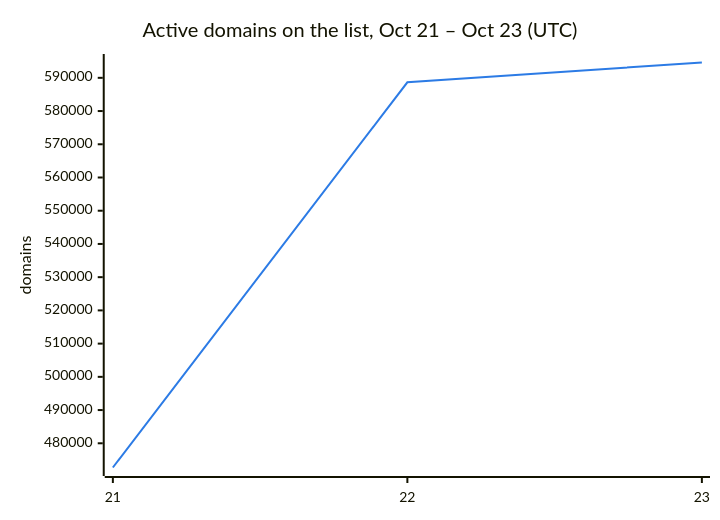
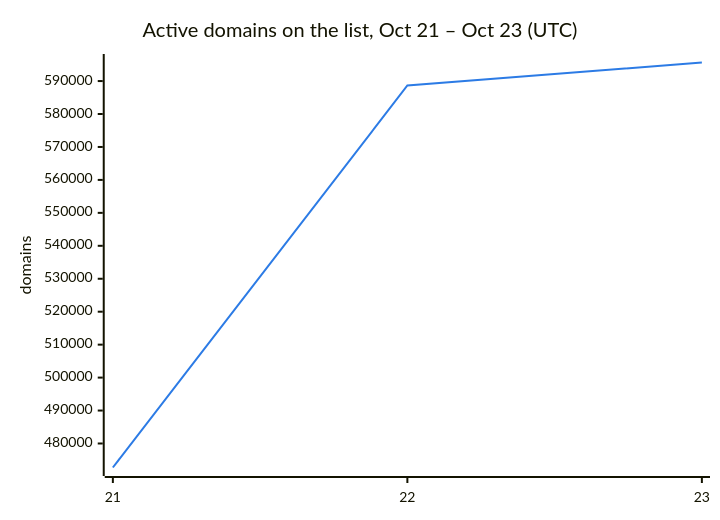
One commit to DNSBunker/CTI changed the second of 3 diagrams in README.md. Above: the diagram before and after it, drawn with Mermaid. The commit also changed other lines of this file and 3 other files, not shown here.

````diff
--- a/README.md
+++ b/README.md
@@ -38,8 +38,8 @@
 ```mermaid
 %%{init: {"themeVariables": {"xyChart": {"plotColorPalette": "#2c7be5"}}}}%%
 xychart-beta
     title "Active domains on the list, Oct 21 – Oct 23 (UTC)"
     x-axis ["21", "22", "23"]
     y-axis "domains"
-    line [472713, 588659, 594612]
+    line [472713, 588659, 595635]
 ```
````
